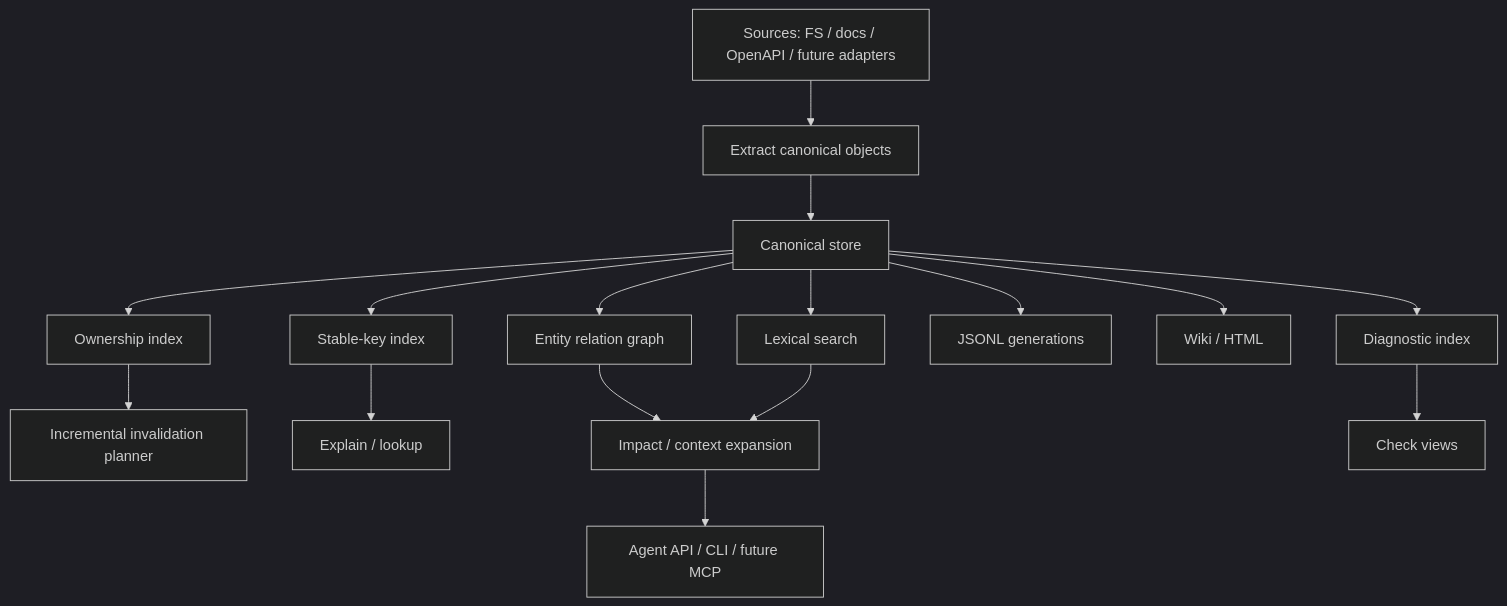
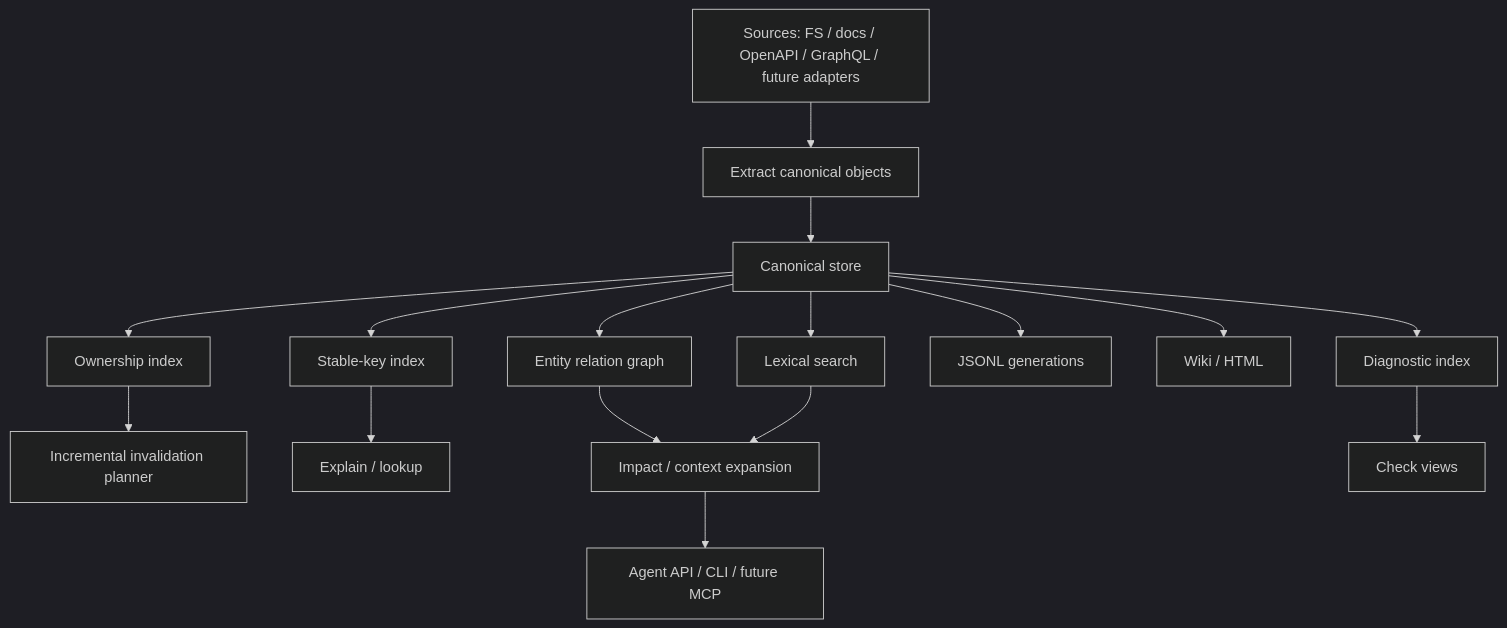
One commit to RusTokRs/Athanor changed the diagram in docs/architecture/pipeline.md. Above: the diagram before and after it, drawn with Mermaid (dark theme). The commit also changed other lines of this file and 25 other files, not shown here.

````diff
--- a/docs/architecture/pipeline.md
+++ b/docs/architecture/pipeline.md
@@ -34,20 +34,20 @@
 ```mermaid
 flowchart TD
-    A[Sources: FS / docs / OpenAPI / future adapters] --> B[Extract canonical objects]
+    A[Sources: FS / docs / OpenAPI / GraphQL / future adapters] --> B[Extract canonical objects]
     B --> C[Canonical store]
     C --> D[Ownership index]
     C --> E[Stable-key index]
     C --> F[Entity relation graph]
     C --> G[Diagnostic index]
 
     D --> H[Incremental invalidation planner]
     E --> I[Explain / lookup]
     F --> J[Impact / context expansion]
     G --> K[Check views]
 
     C --> L[JSONL generations]
     C --> M[Wiki / HTML]
     C --> N[Lexical search]
     N --> J
     J --> O[Agent API / CLI / future MCP]
 ```
````
